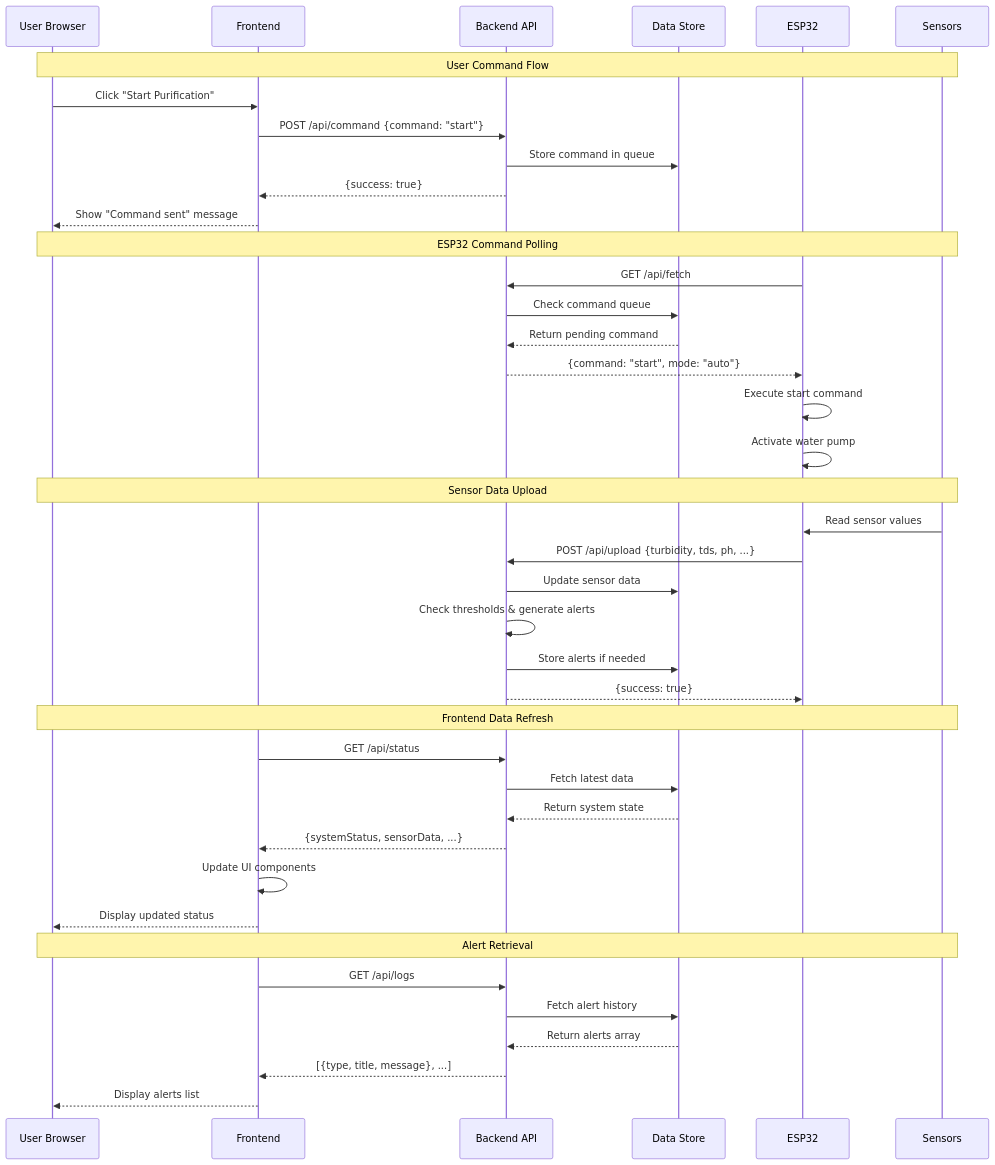
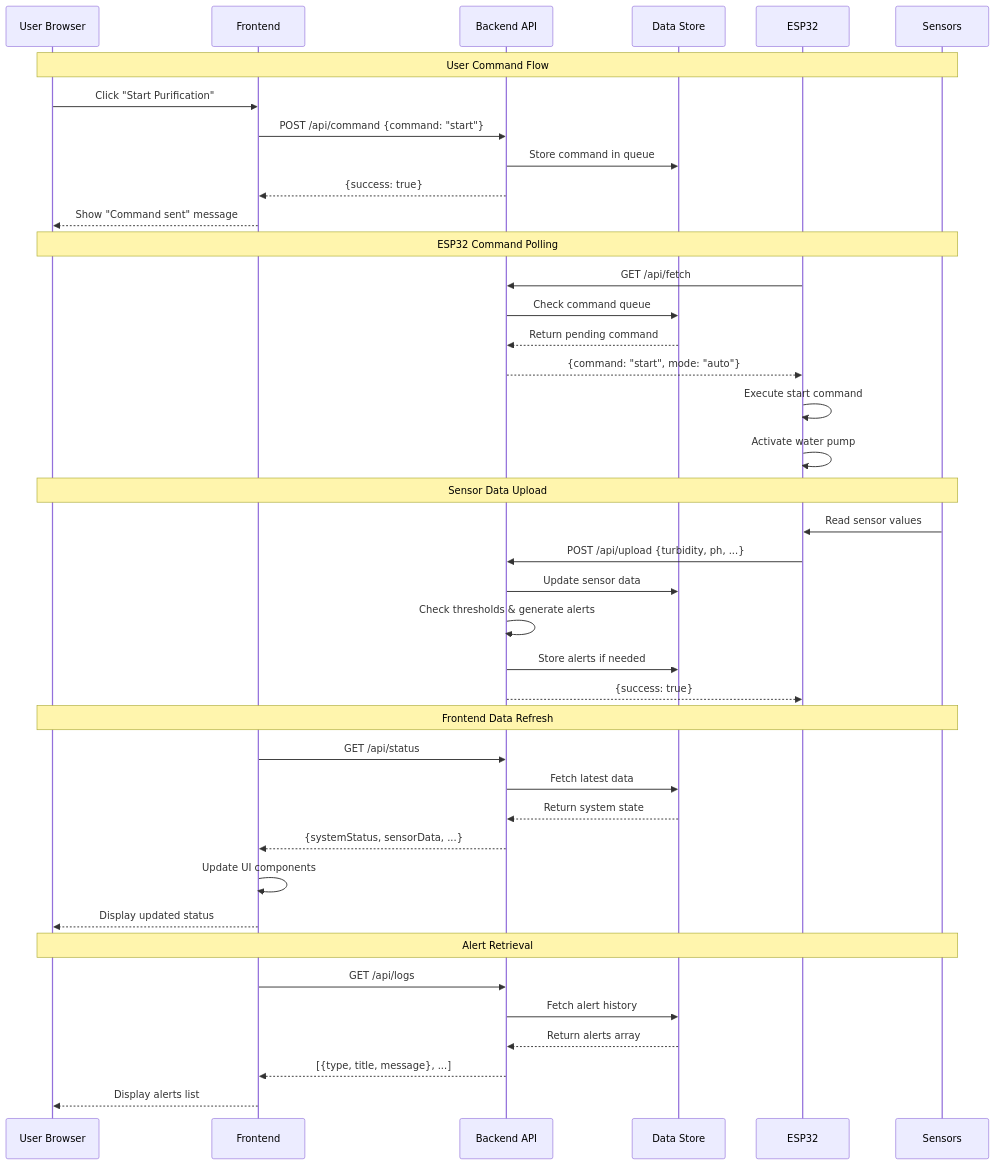
Before and after one commit to Baafi-Marcus/smart-solar-water-purification: the second of 5 diagrams in DIAGRAMS.md, drawn with Mermaid. The commit also changed other lines of this file and 9 other files, not shown here.

````diff
--- a/DIAGRAMS.md
+++ b/DIAGRAMS.md
@@ -84,47 +82,47 @@
 ```mermaid
 sequenceDiagram
     participant U as User Browser
     participant F as Frontend
     participant API as Backend API
     participant DB as Data Store
     participant ESP as ESP32
     participant S as Sensors
     
     Note over U,S: User Command Flow
     U->>F: Click "Start Purification"
     F->>API: POST /api/command {command: "start"}
     API->>DB: Store command in queue
     API-->>F: {success: true}
     F-->>U: Show "Command sent" message
     
     Note over U,S: ESP32 Command Polling
     ESP->>API: GET /api/fetch
     API->>DB: Check command queue
     DB-->>API: Return pending command
     API-->>ESP: {command: "start", mode: "auto"}
     ESP->>ESP: Execute start command
     ESP->>ESP: Activate water pump
     
     Note over U,S: Sensor Data Upload
     S->>ESP: Read sensor values
-    ESP->>API: POST /api/upload {turbidity, tds, ph, ...}
+    ESP->>API: POST /api/upload {turbidity, ph, ...}
     API->>DB: Update sensor data
     API->>API: Check thresholds & generate alerts
     API->>DB: Store alerts if needed
     API-->>ESP: {success: true}
     
     Note over U,S: Frontend Data Refresh
     F->>API: GET /api/status
     API->>DB: Fetch latest data
     DB-->>API: Return system state
     API-->>F: {systemStatus, sensorData, ...}
     F->>F: Update UI components
     F-->>U: Display updated status
     
     Note over U,S: Alert Retrieval
     F->>API: GET /api/logs
     API->>DB: Fetch alert history
     DB-->>API: Return alerts array
     API-->>F: [{type, title, message}, ...]
     F-->>U: Display alerts list
 ```
````
